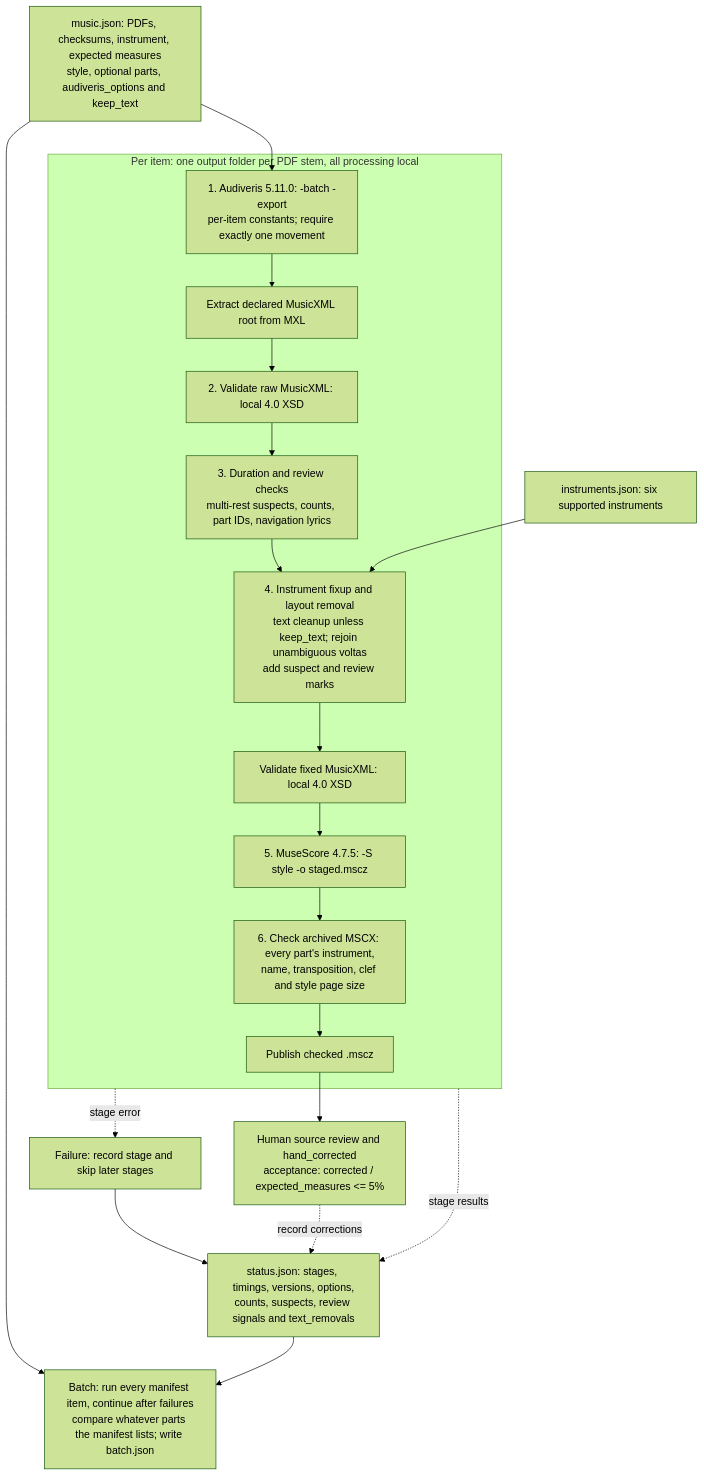
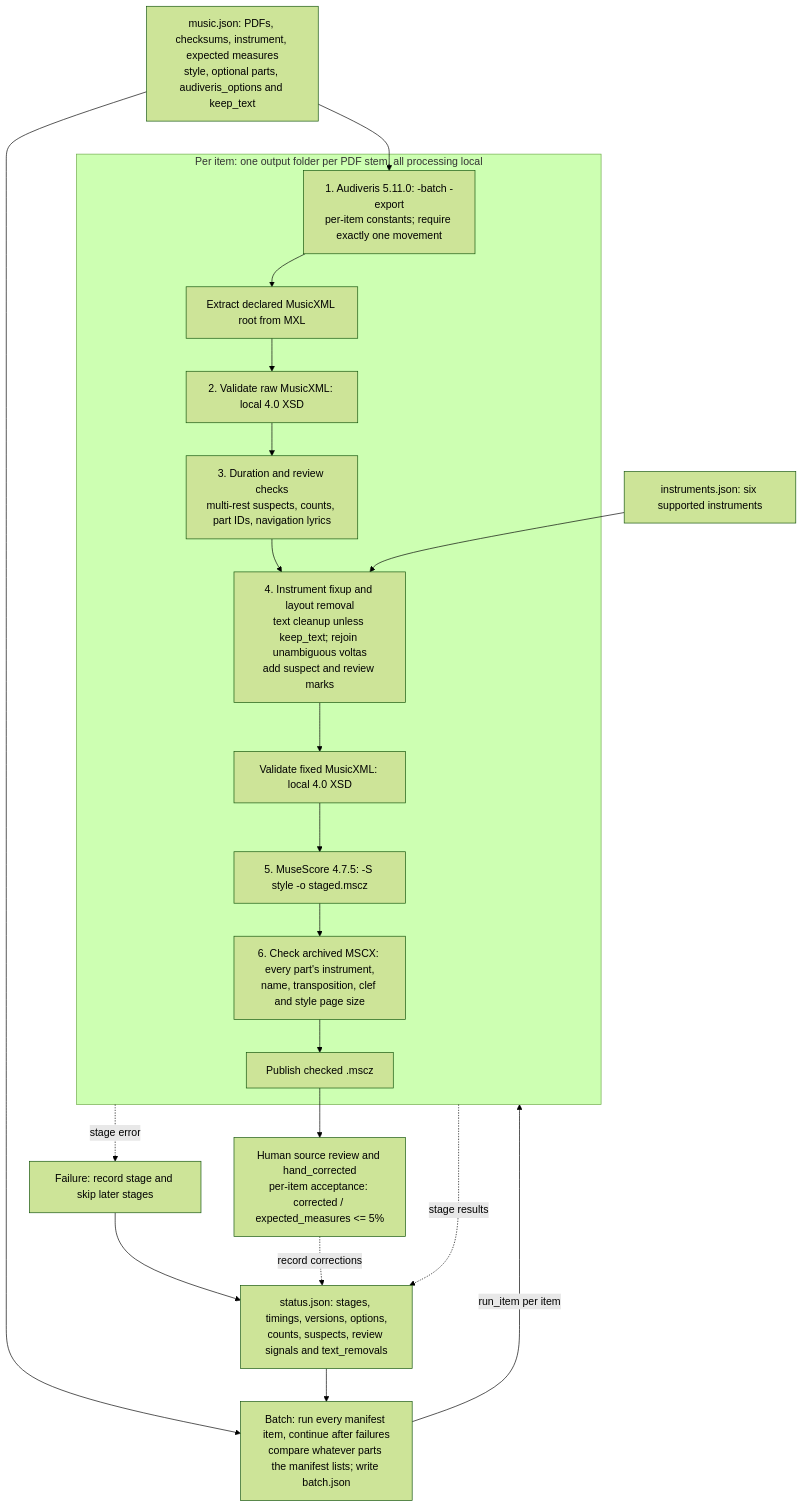
Before and after one commit to faelplg/omr-ingestor: the diagram in docs/architecture.md, drawn with Mermaid (forest theme). The commit also changed other lines of this file and 1 other file, not shown here.

Commit message:
docs: correct reviewed architecture and accuracy claims

````diff
--- a/docs/architecture.md
+++ b/docs/architecture.md
@@ -8,32 +10,33 @@
 ```mermaid
 flowchart TB
   MJ["music.json: PDFs, checksums, instrument, expected measures<br/>style, optional parts, audiveris_options and keep_text"]
   TAB["instruments.json: six supported instruments"]
 
   subgraph PIPE["Per item: one output folder per PDF stem, all processing local"]
     AUD["1. Audiveris 5.11.0: -batch -export<br/>per-item constants; require exactly one movement"]
     UNZ["Extract declared MusicXML root from MXL"]
     XSD1["2. Validate raw MusicXML: local 4.0 XSD"]
     DUR["3. Duration and review checks<br/>multi-rest suspects, counts, part IDs, navigation lyrics"]
     FIX["4. Instrument fixup and layout removal<br/>text cleanup unless keep_text; rejoin unambiguous voltas<br/>add suspect and review marks"]
     XSD2["Validate fixed MusicXML: local 4.0 XSD"]
     MS["5. MuseScore 4.7.5: -S style -o staged.mscz"]
     VF["6. Check archived MSCX: every part's instrument,<br/>name, transposition, clef and style page size"]
     OUT["Publish checked .mscz"]
   end
 
   REP["status.json: stages, timings, versions, options,<br/>counts, suspects, review signals and text_removals"]
   FAIL["Failure: record stage and skip later stages"]
   BATCH["Batch: run every manifest item, continue after failures<br/>compare whatever parts the manifest lists; write batch.json"]
-  HUM["Human source review and hand_corrected<br/>acceptance: corrected / expected_measures <= 5%"]
+  HUM["Human source review and hand_corrected<br/>per-item acceptance: corrected / expected_measures <= 5%"]
 
   MJ --> AUD --> UNZ --> XSD1 --> DUR --> FIX --> XSD2 --> MS --> VF --> OUT
   TAB --> FIX
   PIPE -. "stage results" .-> REP
   PIPE -. "stage error" .-> FAIL
   FAIL --> REP
   OUT --> HUM
   HUM -. "record corrections" .-> REP
   MJ --> BATCH
+  BATCH -->|"run_item per item"| PIPE
   REP --> BATCH
 ```
````
